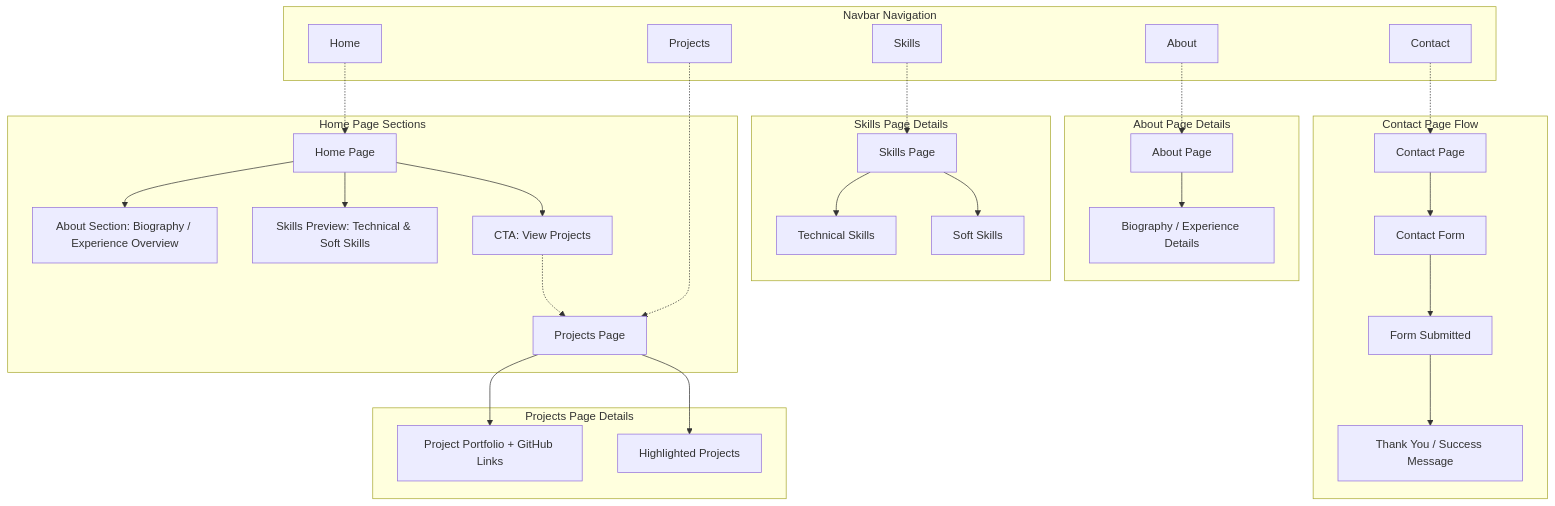
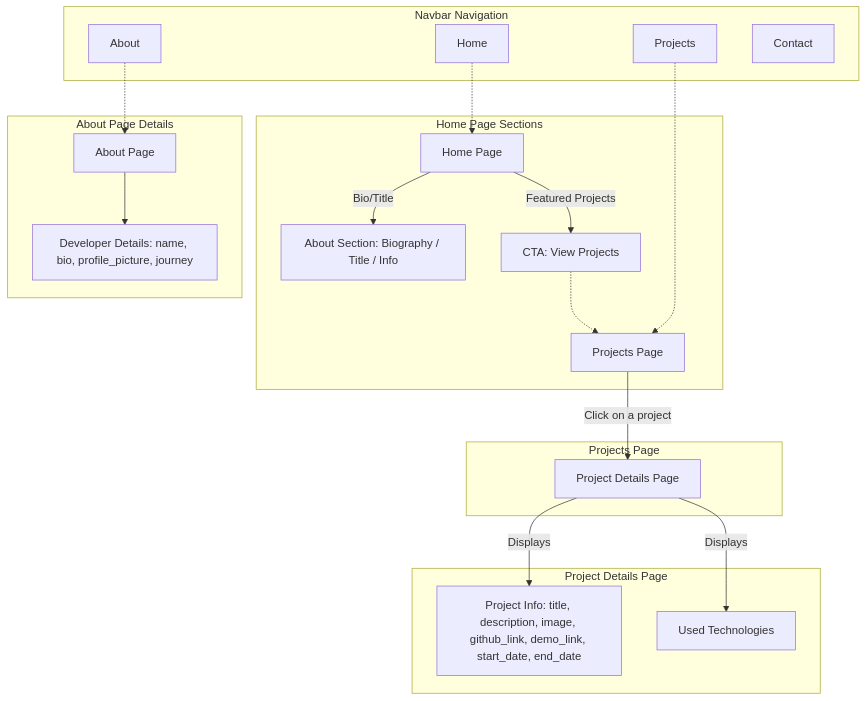
One commit to BENYEKHLEF-Anouar/Portfolio-developpeur changed the diagram in Conception/schema.mmd. Above: the diagram before and after it, drawn with Mermaid. The commit also changed other lines of this file and 23 other files, not shown here.

```diff
--- a/Conception/schema.mmd
+++ b/Conception/schema.mmd
@@ -1,48 +1,36 @@
 graph TD
     %% ===== NAVIGATION BAR =====
     subgraph NAVBAR [Navbar Navigation]
         A[Home]
         B[About]
-        C[Skills]
         D[Projects]
         E[Contact]
     end
 
     %% ===== PAGE CONNECTIONS =====
     A -.-> A1[Home Page]
     B -.-> B1[About Page]
-    C -.-> C1[Skills Page]
     D -.-> D1[Projects Page]
-    E -.-> E1[Contact Page]
 
     %% ===== HOME PAGE SECTIONS =====
     subgraph HOME_PAGE [Home Page Sections]
-        A1 --> H1[About Section: Biography / Experience Overview]
-        A1 --> H2[Skills Preview: Technical & Soft Skills]
-        A1 --> H3[CTA: View Projects]
+        A1 -- "Bio/Title" --> H1[About Section: Biography / Title / Info]
+        A1 -- "Featured Projects" --> H3[CTA: View Projects]
         H3 -.-> D1
     end
 
     %% ===== ABOUT PAGE =====
     subgraph ABOUT_PAGE [About Page Details]
-        B1 --> B2[Biography / Experience Details]
-    end
-
-    %% ===== SKILLS PAGE =====
-    subgraph SKILLS_PAGE [Skills Page Details]
-        C1 --> C2[Technical Skills]
-        C1 --> C3[Soft Skills]
+        B1 --> B2[Developer Details: name, bio, profile_picture, journey]
     end
 
     %% ===== PROJECTS PAGE =====
-    subgraph PROJECTS_PAGE [Projects Page Details]
-        D1 --> D2[Project Portfolio + GitHub Links]
-        D1 --> D3[Highlighted Projects]
+    subgraph PROJECTS_PAGE [Projects Page]
+        D1 -- "Click on a project" --> D2[Project Details Page]
     end
 
-    %% ===== CONTACT PAGE =====
-    subgraph CONTACT_PAGE [Contact Page Flow]
-        E1 --> E2[Contact Form]
-        E2 --> E3[Form Submitted]
-        E3 --> E4[Thank You / Success Message]
+    %% ===== PROJECT DETAILS PAGE =====
+    subgraph PROJECT_DETAILS [Project Details Page]
+        D2 -- "Displays" --> PD1[Project Info: title, description, image, github_link, demo_link, start_date, end_date]
+        D2 -- "Displays" --> PD2[Used Technologies]
     end
```
